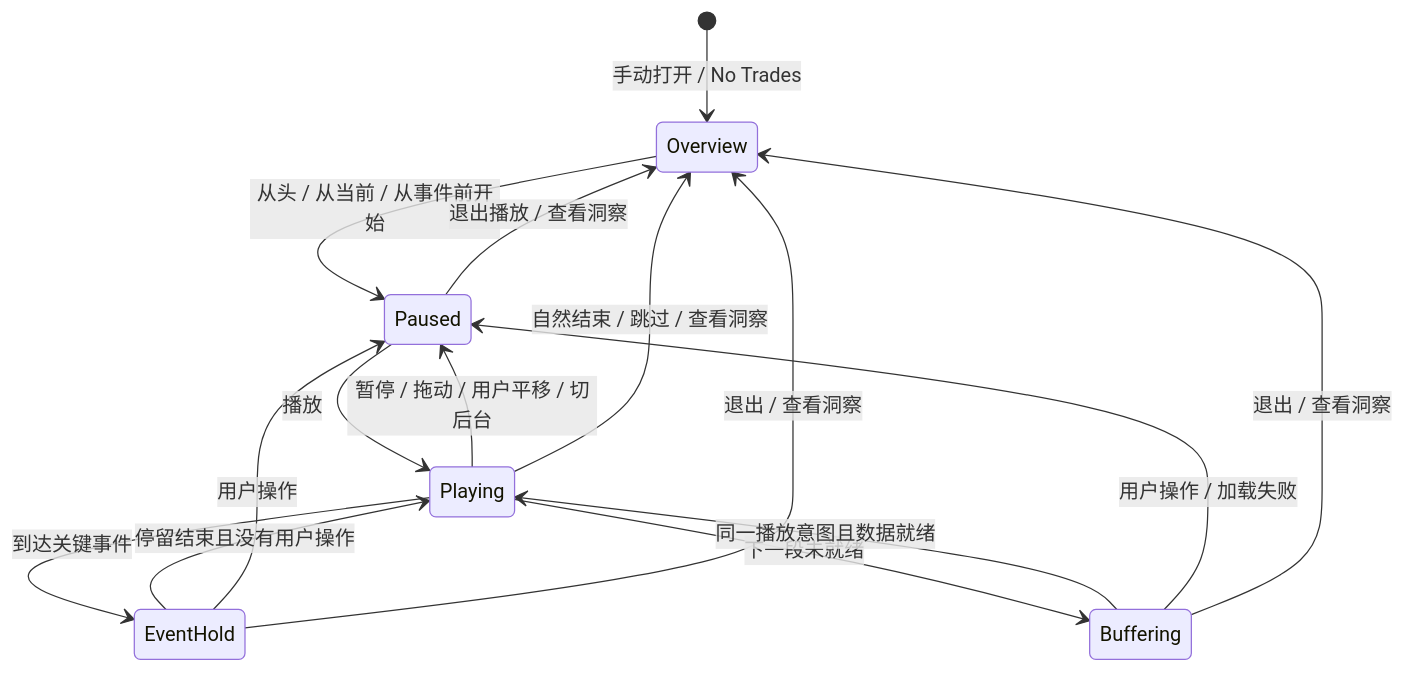
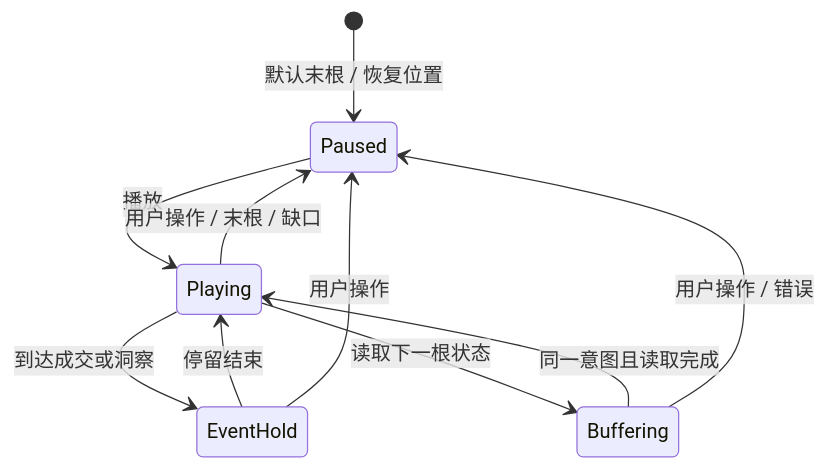
One commit to bingyi20/speak-quant-ui changed the diagram in docs/回测详情模块技术方案.md. Above: the diagram before and after it, drawn with Mermaid. The commit also changed other lines of this file and 38 other files, not shown here.

Commit message:
fix(replay): refine chart interactions and playback presentation

````diff
--- a/docs/回测详情模块技术方案.md
+++ b/docs/回测详情模块技术方案.md
@@ -453,17 +414,12 @@
 ```mermaid
 stateDiagram-v2
-  [*] --> Overview: 手动打开 / No Trades
-  Overview --> Paused: 从头 / 从当前 / 从事件前开始
+  [*] --> Paused: 默认末根 / 恢复位置
   Paused --> Playing: 播放
-  Playing --> EventHold: 到达关键事件
-  EventHold --> Playing: 停留结束且没有用户操作
-  Playing --> Buffering: 下一段未就绪
-  Buffering --> Playing: 同一播放意图且数据就绪
-  Playing --> Paused: 暂停 / 拖动 / 用户平移 / 切后台
+  Playing --> EventHold: 到达成交或洞察
+  EventHold --> Playing: 停留结束
+  Playing --> Buffering: 读取下一根状态
+  Buffering --> Playing: 同一意图且读取完成
+  Playing --> Paused: 用户操作 / 末根 / 缺口
   EventHold --> Paused: 用户操作
-  Buffering --> Paused: 用户操作 / 加载失败
-  Paused --> Overview: 退出播放 / 查看洞察
-  Playing --> Overview: 自然结束 / 跳过 / 查看洞察
-  EventHold --> Overview: 退出 / 查看洞察
-  Buffering --> Overview: 退出 / 查看洞察
+  Buffering --> Paused: 用户操作 / 错误
 ```
````
